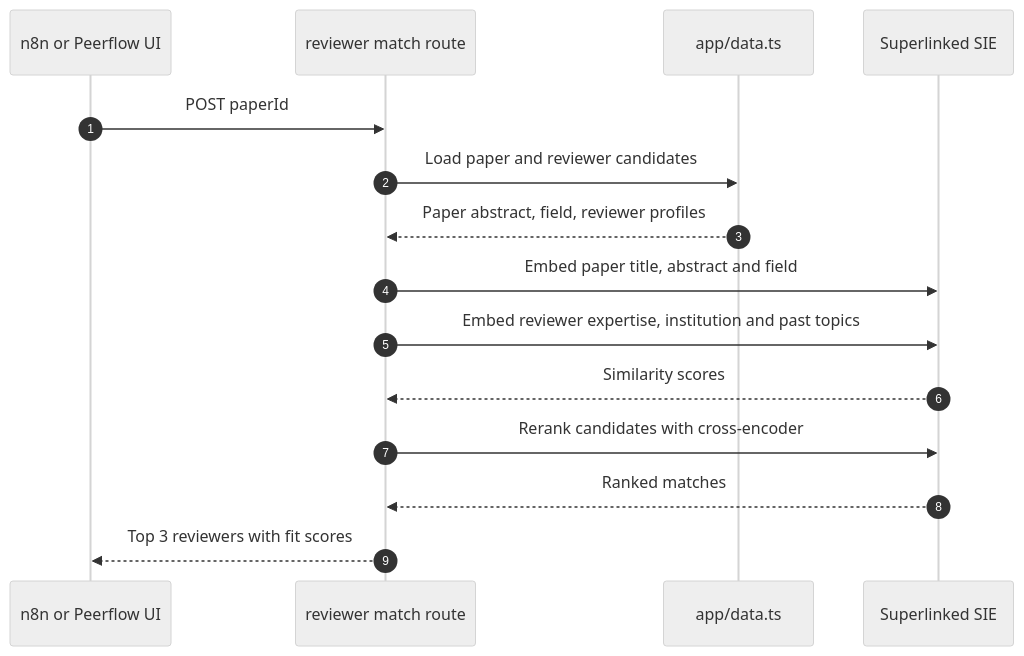
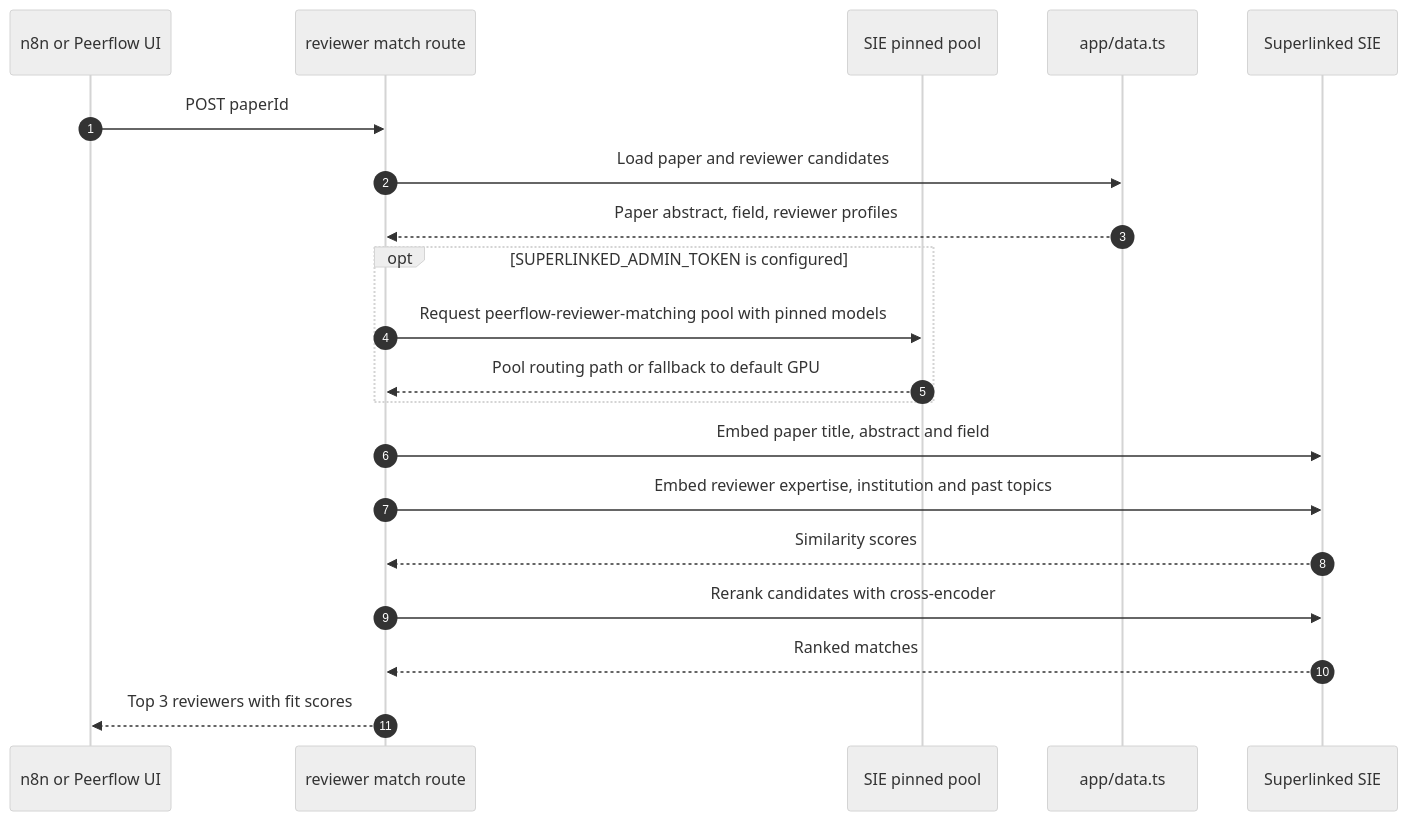
Before and after one commit to MasteraSnackin/Peerflow: the tenth of 17 diagrams in docs/DIAGRAMS.md, drawn with Mermaid (neutral theme). The commit also changed 8 other files, not shown here.

````diff
--- a/docs/DIAGRAMS.md
+++ b/docs/DIAGRAMS.md
@@ -324,18 +324,23 @@
 ```mermaid
 sequenceDiagram
   autonumber
   participant Caller as n8n or Peerflow UI
   participant Route as reviewer match route
+  participant Pool as SIE pinned pool
   participant Data as app/data.ts
   participant SIE as Superlinked SIE
 
   Caller->>Route: POST paperId
   Route->>Data: Load paper and reviewer candidates
   Data-->>Route: Paper abstract, field, reviewer profiles
+  opt SUPERLINKED_ADMIN_TOKEN is configured
+    Route->>Pool: Request peerflow-reviewer-matching pool with pinned models
+    Pool-->>Route: Pool routing path or fallback to default GPU
+  end
   Route->>SIE: Embed paper title, abstract and field
   Route->>SIE: Embed reviewer expertise, institution and past topics
   SIE-->>Route: Similarity scores
   Route->>SIE: Rerank candidates with cross-encoder
   SIE-->>Route: Ranked matches
   Route-->>Caller: Top 3 reviewers with fit scores
 ```
````
